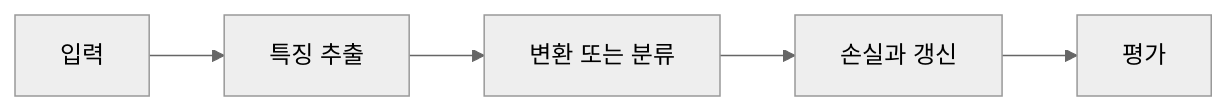
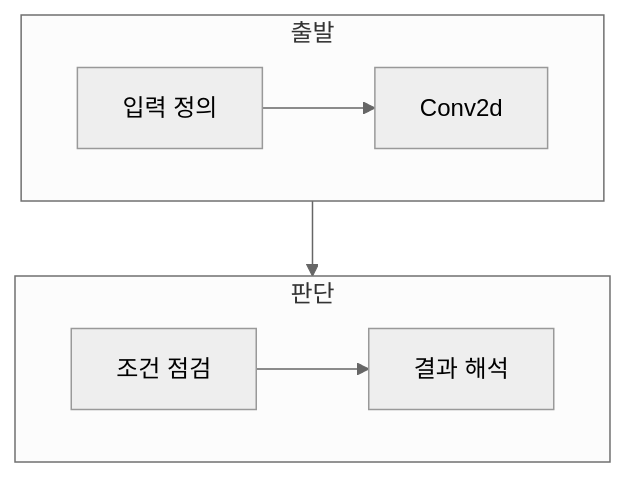
The diagram in ComputerScience/03_ai-ml-data/artificial-intelligence/notes/01. CNN 설계 모듈 실습 - Conv2d 매개변수.md (umyunsang/edu), drawn with Mermaid (neutral theme) before and after one commit. The commit also changed other lines of this file and 20 other files, not shown here.

````diff
--- a/ComputerScience/03_ai-ml-data/artificial-intelligence/notes/01. CNN 설계 모듈 실습 - Conv2d 매개변수.md
+++ b/ComputerScience/03_ai-ml-data/artificial-intelligence/notes/01. CNN 설계 모듈 실습 - Conv2d 매개변수.md
@@ -24,7 +23,12 @@
 ```mermaid
-flowchart LR
-    A["입력"] --> B["특징 추출"]
-    B --> C["변환 또는 분류"]
-    C --> D["손실과 갱신"]
-    D --> E["평가"]
+flowchart TB
+    subgraph Input[출발]
+        direction LR
+        A[입력 정의] --> B[Conv2d]
+    end
+    subgraph Decision[판단]
+        direction LR
+        C[조건 점검] --> D[결과 해석]
+    end
+    B --> C
 ```
````
